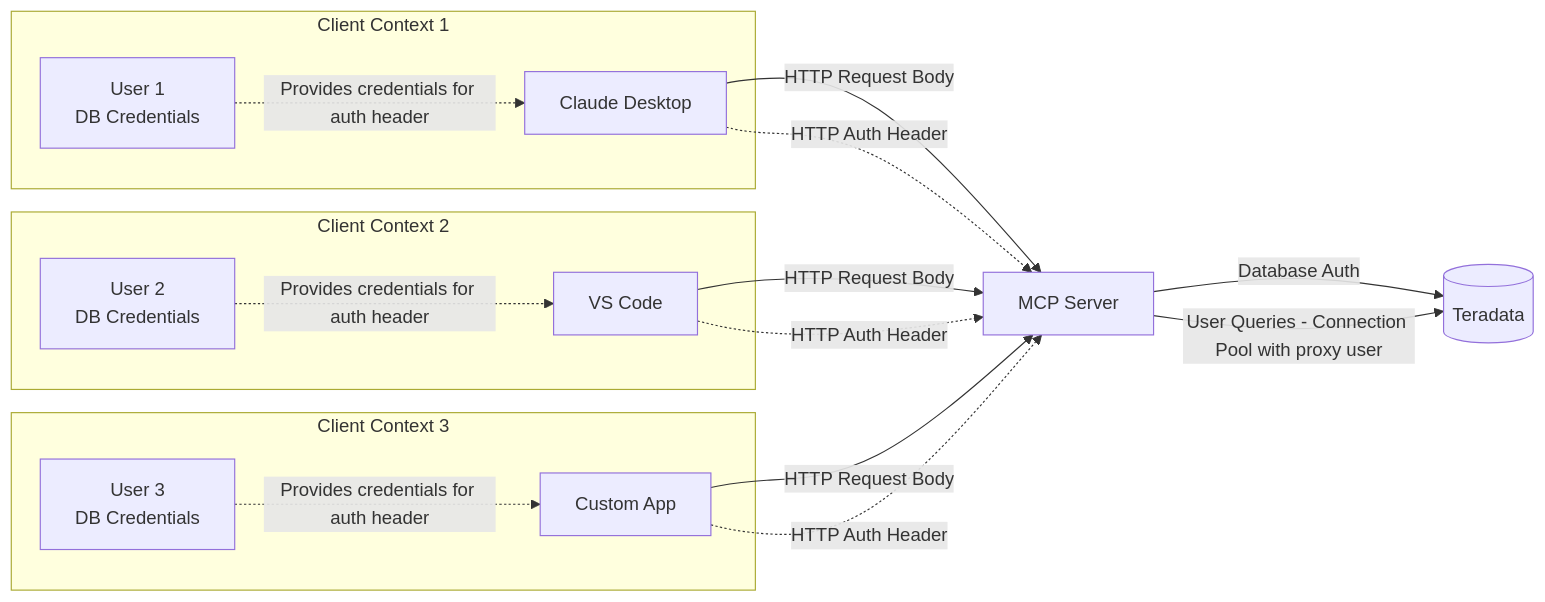
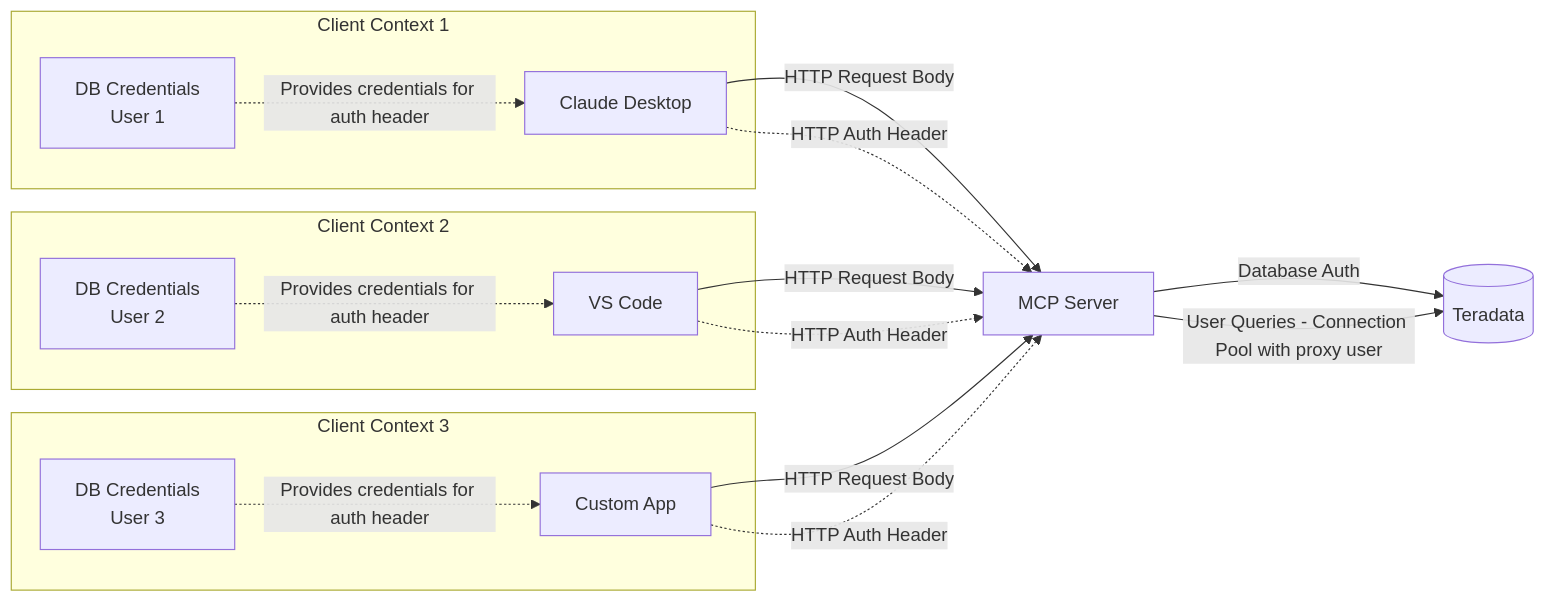
Before and after one commit to Teradata/teradata-mcp-server: the third of 5 diagrams in docs/server_guide/ARCHITECTURE.md, drawn with Mermaid. The commit also changed 4 other files, not shown here.

````diff
--- a/docs/server_guide/ARCHITECTURE.md
+++ b/docs/server_guide/ARCHITECTURE.md
@@ -108,31 +108,31 @@
 ```mermaid
 flowchart LR
     subgraph "Client Context 1"
         A[Claude Desktop]
-        A1[User 1<br/>DB Credentials]
+        A1[DB Credentials<br/>User 1]
     end
     
     subgraph "Client Context 2"
         B[VS Code]
-        B1[User 2<br/>DB Credentials]
+        B1[DB Credentials<br/>User 2]
     end
     
     subgraph "Client Context 3"
         E[Custom App]
-        E1[User 3<br/>DB Credentials]
+        E1[DB Credentials<br/>User 3]
     end
     
     A -->|HTTP Request Body| D[MCP Server]
     A -.->|HTTP Auth Header| D
     B -->|HTTP Request Body| D
     B -.->|HTTP Auth Header| D
     E -->|HTTP Request Body| D
     E -.->|HTTP Auth Header| D
     
     D -->|Database Auth| G[(Teradata)]
     D -->|User Queries - Connection Pool with proxy user| G
     
     A1 -.->|Provides credentials for auth header| A
     B1 -.->|Provides credentials for auth header| B
     E1 -.->|Provides credentials for auth header| E
 ```
````
